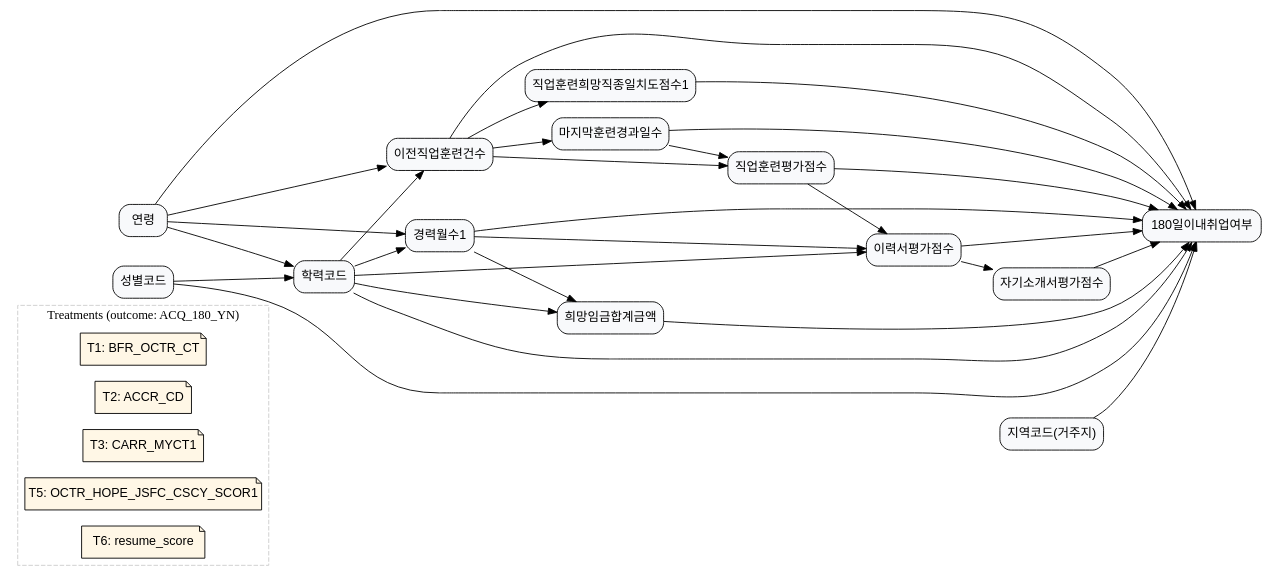
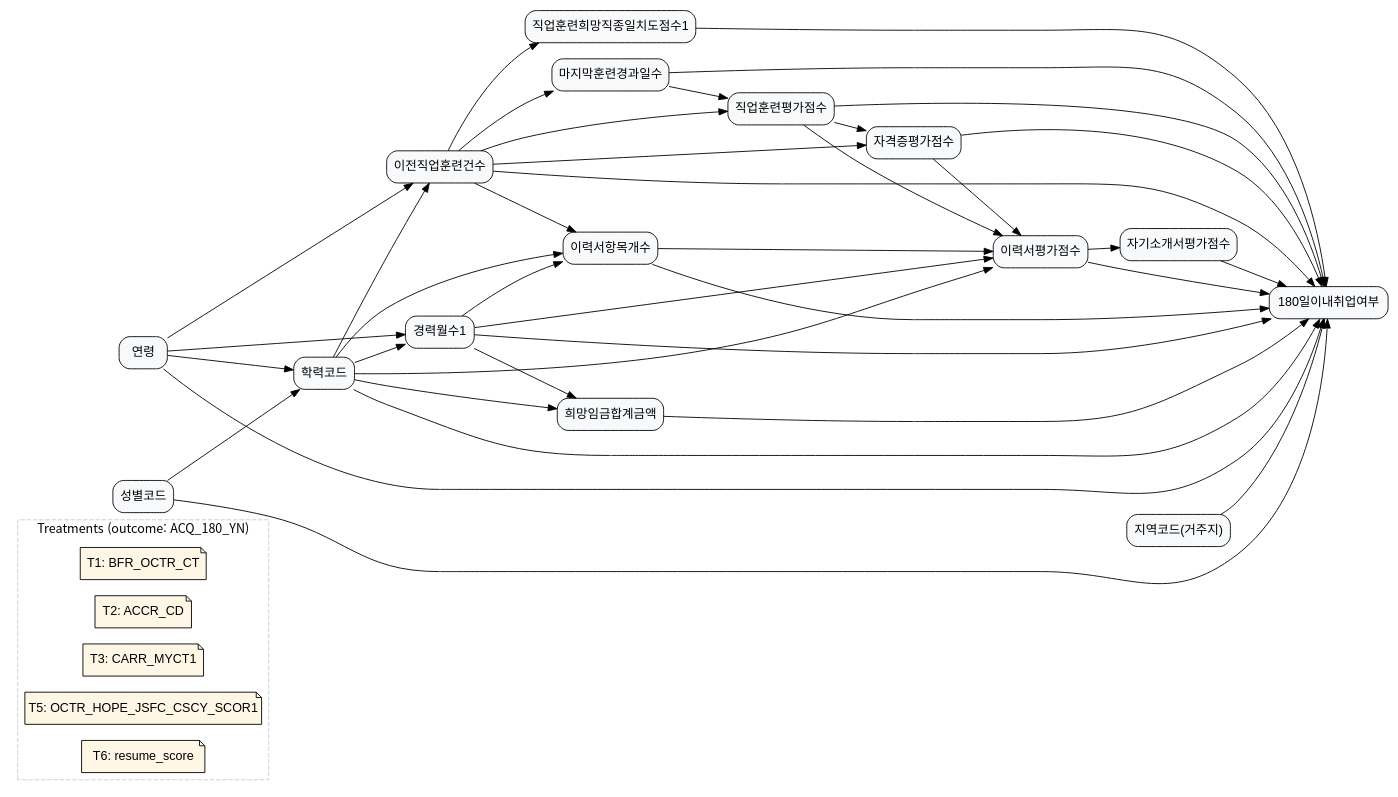
One commit to KU-LIM-Lab/dowhy-deep changed the diagram in laborlab_2/data/graph_data/graph_1.dot. Above: the diagram before and after it, drawn with Graphviz. The commit also changed 1 other file, not shown here.

Commit message:
graph 1 updated

```diff
--- a/laborlab_2/data/graph_data/graph_1.dot
+++ b/laborlab_2/data/graph_data/graph_1.dot
@@ -1,90 +1,132 @@
 digraph G {
-	graph [rankdir=LR];
+	graph [fontname="Noto Sans CJK KR",
+		rankdir=LR
+	];
 	node [fillcolor="#F8F9FB",
-	fontname=Helvetica,
-	shape=box,
-	style="rounded,filled"
+		fontname="Noto Sans CJK KR",
+		shape=box,
+		style="rounded,filled"
 	];
+	edge [fontname="Noto Sans CJK KR"];
 	subgraph cluster_treatments {
-	graph [color="#CCCCCC",
-	label="Treatments (outcome: ACQ_180_YN)",
-	style=dashed
-	];
-	node [fillcolor="#FFF7E6",
-	fontname=Helvetica,
-	shape=note,
-	style="rounded,filled"
-	];
-	T1	[label="T1: BFR_OCTR_CT",
-	role=treatment_meta,
-	treatment_def="이전직업훈련건수 수준 차이가 ACQ_180_YN(6개월 내 취업)에 미치는 인과효과",
-	treatment_name=BFR_OCTR_CT,
-	treatment_question="이전 직업훈련을 많이 받은 사람과 거의 받지 않은 사람의 6개월 내 취업 확률 차이는?",
-	treatment_var=BFR_OCTR_CT];
-	T2	[label="T2: ACCR_CD",
-	role=treatment_meta,
-	treatment_def="학력코드(최종학력) 수준 차이가 ACQ_180_YN에 미치는 인과효과",
-	treatment_name=ACCR_CD,
-	treatment_question="학력 수준이 다른 구직자 간 6개월 내 취업 확률 차이는?",
-	treatment_var=ACCR_CD];
-	T3	[label="T3: CARR_MYCT1",
-	role=treatment_meta,
-	treatment_def="희망직종1 경력 개월 수 차이가 ACQ_180_YN에 미치는 인과효과",
-	treatment_name=CARR_MYCT1,
-	treatment_question="희망직종1 관련 경력이 긴 사람과 짧은 사람의 6개월 내 취업 확률 차이는?",
-	treatment_var=CARR_MYCT1];
-	T5	[label="T5: OCTR_HOPE_JSFC_CSCY_SCOR1",
-	role=treatment_meta,
-	treatment_def="직업훈련과 희망직종 간 일치도 점수 수준 차이가 ACQ_180_YN에 미치는 인과효과",
-	treatment_name=OCTR_HOPE_JSFC_CSCY_SCOR1,
-	treatment_question="훈련-희망직종 일치도가 높은 사람과 낮은 사람의 6개월 내 취업 확률 차이는?",
-	treatment_var=OCTR_HOPE_JSFC_CSCY_SCOR1];
-	T6	[label="T6: resume_score",
-	role=treatment_meta,
-	treatment_def="이력서평가점수 수준 차이가 ACQ_180_YN에 미치는 인과효과",
-	treatment_name=resume_score,
-	treatment_question="이력서 평가 점수가 높은 사람과 낮은 사람의 6개월 내 취업 확률 차이는?",
-	treatment_var=resume_score];
-}
-	ACQ_180_YN	[label="180일이내취업여부"];
-	BFR_OCTR_CT	[label=이전직업훈련건수];
+		graph [color="#CCCCCC",
+			label="Treatments (outcome: ACQ_180_YN)",
+			style=dashed
+		];
+		node [fillcolor="#FFF7E6",
+			fontname=Helvetica,
+			shape=note,
+			style="rounded,filled"
+		];
+		T1	[fillcolor="#FFF7E6",
+			fontname=Helvetica,
+			label="T1: BFR_OCTR_CT",
+			role=treatment_meta,
+			shape=note,
+			treatment_def="이전직업훈련건수 수준 차이가 ACQ_180_YN(6개월 내 취업)에 미치는 인과효과",
+			treatment_name=BFR_OCTR_CT,
+			treatment_question="이전 직업훈련을 많이 받은 사람과 거의 받지 않은 사람의 6개월 내 취업 확률 차이는?",
+			treatment_var=BFR_OCTR_CT];
+		T2	[fillcolor="#FFF7E6",
+			fontname=Helvetica,
+			label="T2: ACCR_CD",
+			role=treatment_meta,
+			shape=note,
+			treatment_def="학력코드(최종학력) 수준 차이가 ACQ_180_YN에 미치는 인과효과",
+			treatment_name=ACCR_CD,
+			treatment_question="학력 수준이 다른 구직자 간 6개월 내 취업 확률 차이는?",
+			treatment_var=ACCR_CD];
+		T3	[fillcolor="#FFF7E6",
+			fontname=Helvetica,
+			label="T3: CARR_MYCT1",
+			role=treatment_meta,
+			shape=note,
+			treatment_def="희망직종1 경력 개월 수 차이가 ACQ_180_YN에 미치는 인과효과",
+			treatment_name=CARR_MYCT1,
+			treatment_question="희망직종1 관련 경력이 긴 사람과 짧은 사람의 6개월 내 취업 확률 차이는?",
+			treatment_var=CARR_MYCT1];
+		T5	[fillcolor="#FFF7E6",
+			fontname=Helvetica,
+			label="T5: OCTR_HOPE_JSFC_CSCY_SCOR1",
+			role=treatment_meta,
+			shape=note,
+			treatment_def="직업훈련과 희망직종 간 일치도 점수 수준 차이가 ACQ_180_YN에 미치는 인과효과",
+			treatment_name=OCTR_HOPE_JSFC_CSCY_SCOR1,
+			treatment_question="훈련-희망직종 일치도가 높은 사람과 낮은 사람의 6개월 내 취업 확률 차이는?",
+			treatment_var=OCTR_HOPE_JSFC_CSCY_SCOR1];
+		T6	[fillcolor="#FFF7E6",
+			fontname=Helvetica,
+			label="T6: resume_score",
+			role=treatment_meta,
+			shape=note,
+			treatment_def="이력서평가점수 수준 차이가 ACQ_180_YN에 미치는 인과효과",
+			treatment_name=resume_score,
+			treatment_question="이력서 평가 점수가 높은 사람과 낮은 사람의 6개월 내 취업 확률 차이는?",
+			treatment_var=resume_score];
+	}
+	ACQ_180_YN	[fontname=Helvetica,
+		label="180일이내취업여부"];
+	BFR_OCTR_CT	[fontname=Helvetica,
+		label=이전직업훈련건수];
 	BFR_OCTR_CT -> ACQ_180_YN;
-	OCTR_HOPE_JSFC_CSCY_SCOR1	[label=직업훈련희망직종일치도점수1];
+	OCTR_HOPE_JSFC_CSCY_SCOR1	[fontname=Helvetica,
+		label=직업훈련희망직종일치도점수1];
 	BFR_OCTR_CT -> OCTR_HOPE_JSFC_CSCY_SCOR1;
+	training_score	[fontname=Helvetica,
+		label=직업훈련평가점수];
+	BFR_OCTR_CT -> training_score;
+	days_last_training_to_jobseek	[fontname=Helvetica,
+		label=마지막훈련경과일수];
+	BFR_OCTR_CT -> days_last_training_to_jobseek;
+	items_num	[label=이력서항목개수];
+	BFR_OCTR_CT -> items_num;
+	certification_score	[label=자격증평가점수];
+	BFR_OCTR_CT -> certification_score;
 	OCTR_HOPE_JSFC_CSCY_SCOR1 -> ACQ_180_YN;
-	ACCR_CD	[label=학력코드];
+	ACCR_CD	[fontname=Helvetica,
+		label=학력코드];
 	ACCR_CD -> ACQ_180_YN;
 	ACCR_CD -> BFR_OCTR_CT;
-	CARR_MYCT1	[label=경력월수1];
+	CARR_MYCT1	[fontname=Helvetica,
+		label=경력월수1];
 	ACCR_CD -> CARR_MYCT1;
-	HOPE_WAGE_SM_AMT	[label=희망임금합계금액];
+	HOPE_WAGE_SM_AMT	[fontname=Helvetica,
+		label=희망임금합계금액];
 	ACCR_CD -> HOPE_WAGE_SM_AMT;
+	resume_score	[fontname=Helvetica,
+		label=이력서평가점수];
+	ACCR_CD -> resume_score;
+	ACCR_CD -> items_num;
 	CARR_MYCT1 -> ACQ_180_YN;
 	CARR_MYCT1 -> HOPE_WAGE_SM_AMT;
+	CARR_MYCT1 -> resume_score;
+	CARR_MYCT1 -> items_num;
 	HOPE_WAGE_SM_AMT -> ACQ_180_YN;
-	AGE	[label=연령];
+	AGE	[fontname=Helvetica,
+		label=연령];
 	AGE -> ACQ_180_YN;
 	AGE -> BFR_OCTR_CT;
 	AGE -> ACCR_CD;
 	AGE -> CARR_MYCT1;
-	SXDS_CD	[label=성별코드];
+	SXDS_CD	[fontname=Helvetica,
+		label=성별코드];
 	SXDS_CD -> ACQ_180_YN;
 	SXDS_CD -> ACCR_CD;
-	AREA_CD	[label="지역코드(거주지)"];
+	AREA_CD	[fontname=Helvetica,
+		label="지역코드(거주지)"];
 	AREA_CD -> ACQ_180_YN;
-	resume_score	[label=이력서평가점수];
-	ACCR_CD -> resume_score;
-	CARR_MYCT1 -> resume_score;
 	resume_score -> ACQ_180_YN;
-	cover_letter_score	[label=자기소개서평가점수];
+	cover_letter_score	[fontname=Helvetica,
+		label=자기소개서평가점수];
 	resume_score -> cover_letter_score;
 	cover_letter_score -> ACQ_180_YN;
-	training_score	[label=직업훈련평가점수];
-	BFR_OCTR_CT -> training_score;
 	training_score -> ACQ_180_YN;
 	training_score -> resume_score;
-	days_last_training_to_jobseek	[label=마지막훈련경과일수];
-	BFR_OCTR_CT -> days_last_training_to_jobseek;
+	training_score -> certification_score;
 	days_last_training_to_jobseek -> ACQ_180_YN;
 	days_last_training_to_jobseek -> training_score;
+	items_num -> ACQ_180_YN;
+	items_num -> resume_score;
+	certification_score -> ACQ_180_YN;
+	certification_score -> resume_score;
 }
```
